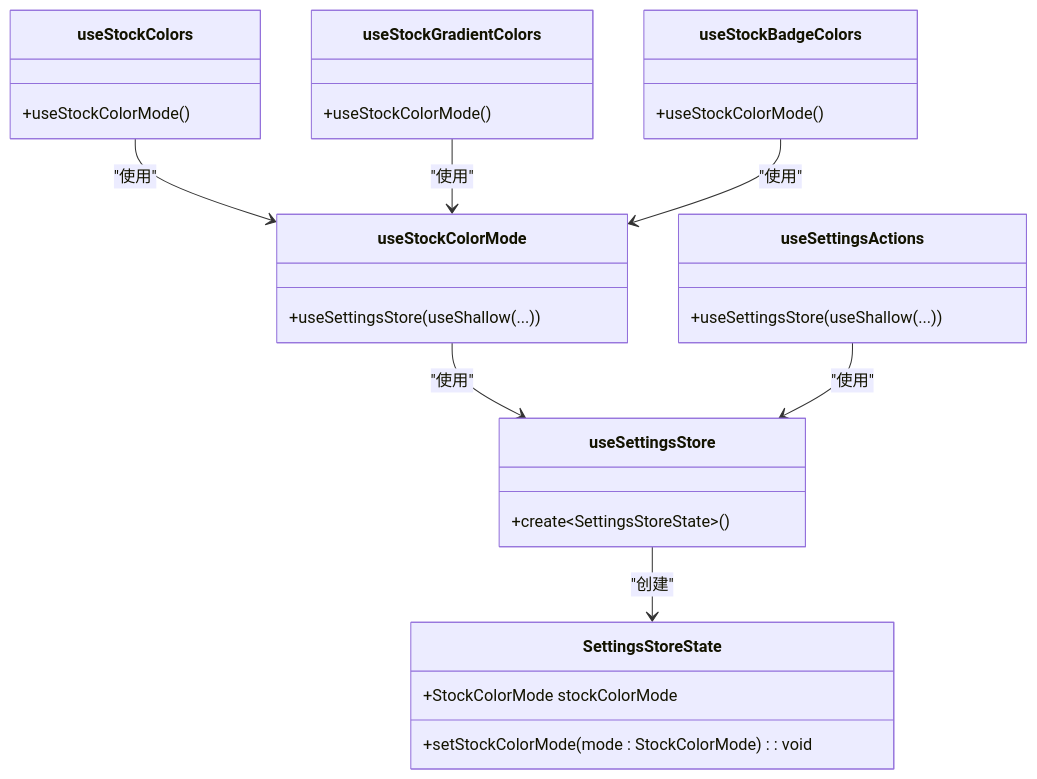
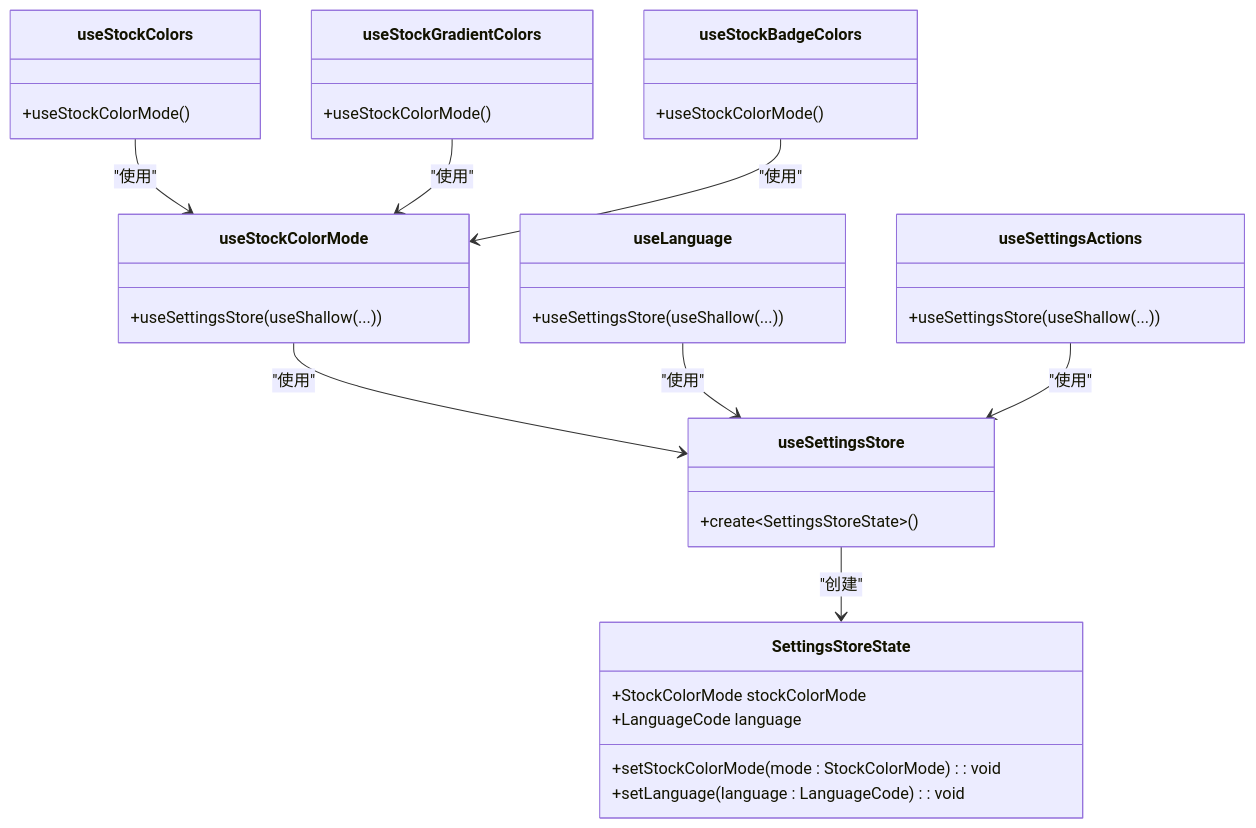
One commit to afanty2021/valuecell changed the fifth of 21 diagrams in .qoder/repowiki/zh/content/前端架构/前端架构.md. Above: the diagram before and after it, drawn with Mermaid. The commit also changed other lines of this file and 7 other files, not shown here.

First line of the commit message:
docs(repowiki): expand architecture documentation with TradingView, i18n and model availability

````diff
--- a/.qoder/repowiki/zh/content/前端架构/前端架构.md
+++ b/.qoder/repowiki/zh/content/前端架构/前端架构.md
@@ -214,31 +228,37 @@
 ```mermaid
 classDiagram
 class SettingsStoreState {
 +StockColorMode stockColorMode
++LanguageCode language
 +setStockColorMode(mode : StockColorMode) : void
++setLanguage(language : LanguageCode) : void
 }
 class useSettingsStore {
 +create~SettingsStoreState~()
 }
 class useStockColorMode {
++useSettingsStore(useShallow(...))
+}
+class useLanguage {
 +useSettingsStore(useShallow(...))
 }
 class useSettingsActions {
 +useSettingsStore(useShallow(...))
 }
 class useStockColors {
 +useStockColorMode()
 }
 class useStockGradientColors {
 +useStockColorMode()
 }
 class useStockBadgeColors {
 +useStockColorMode()
 }
 useSettingsStore --> SettingsStoreState : "创建"
 useStockColorMode --> useSettingsStore : "使用"
+useLanguage --> useSettingsStore : "使用"
 useSettingsActions --> useSettingsStore : "使用"
 useStockColors --> useStockColorMode : "使用"
 useStockGradientColors --> useStockColorMode : "使用"
 useStockBadgeColors --> useStockColorMode : "使用"
 ```
````
